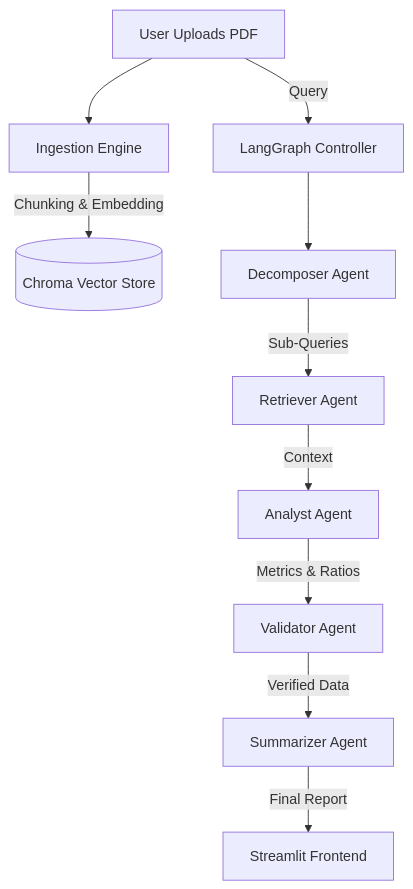
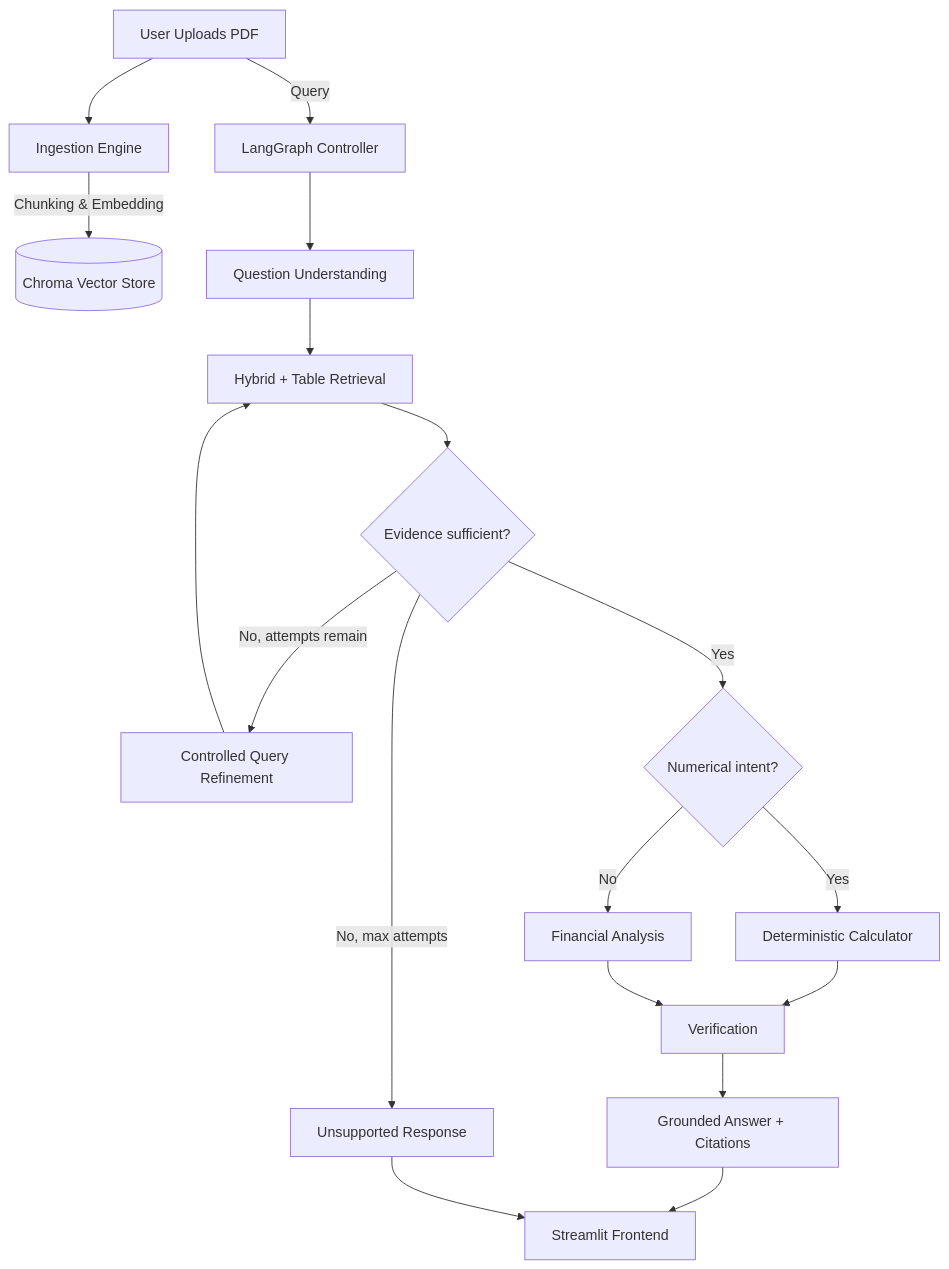
The diagram in README.md (yashmishra1234567890/FinDoc-Risk-Engine), drawn with Mermaid before and after one commit. The commit also changed other lines of this file and 20 other files, not shown here.

````diff
--- a/README.md
+++ b/README.md
@@ -73,16 +74,22 @@
 ```mermaid
 graph TD
     User[User Uploads PDF] --> Ingest[Ingestion Engine]
     Ingest -->|Chunking & Embedding| VectorDB[(Chroma Vector Store)]
     
     User -->|Query| Graph[LangGraph Controller]
     
-    Graph --> Decomposer[Decomposer Agent]
-    Decomposer -->|Sub-Queries| Retriever[Retriever Agent]
-    Retriever -->|Context| Analyst[Analyst Agent]
-    
-    Analyst -->|Metrics & Ratios| Validator[Validator Agent]
-    Validator -->|Verified Data| Summarizer[Summarizer Agent]
-    
-    Summarizer -->|Final Report| UI[Streamlit Frontend]
+    Graph --> Decomposer[Question Understanding]
+    Decomposer --> Retriever[Hybrid + Table Retrieval]
+    Retriever --> Evidence{Evidence sufficient?}
+    Evidence -->|No, attempts remain| Refine[Controlled Query Refinement]
+    Refine --> Retriever
+    Evidence -->|Yes| Reason{Numerical intent?}
+    Reason -->|Yes| Calculate[Deterministic Calculator]
+    Reason -->|No| Analyze[Financial Analysis]
+    Calculate --> Verify[Verification]
+    Analyze --> Verify
+    Verify --> Answer[Grounded Answer + Citations]
+    Evidence -->|No, max attempts| Reject[Unsupported Response]
+    Answer --> UI[Streamlit Frontend]
+    Reject --> UI
 ```
````
